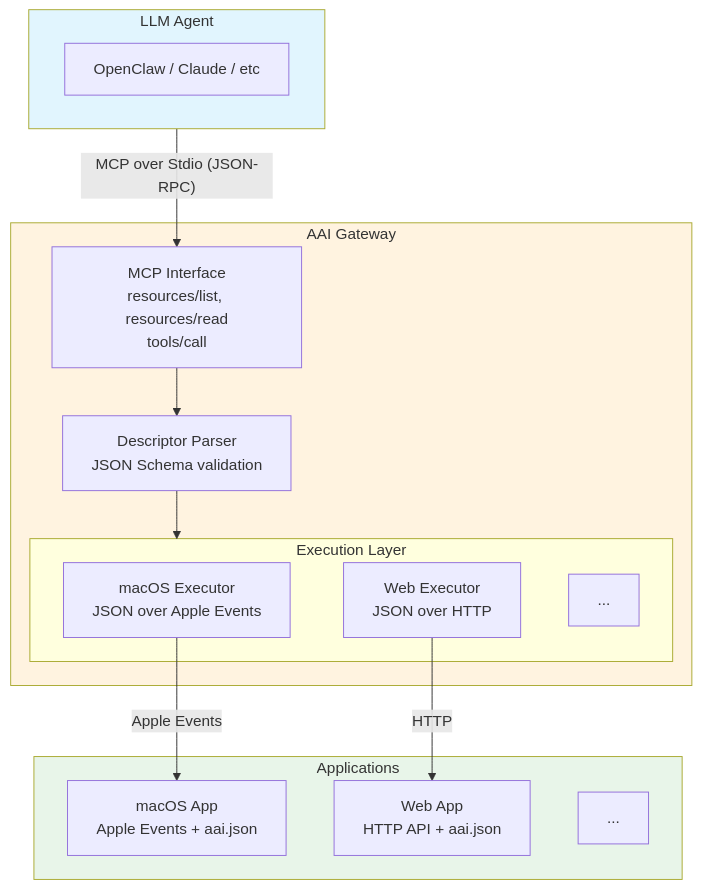
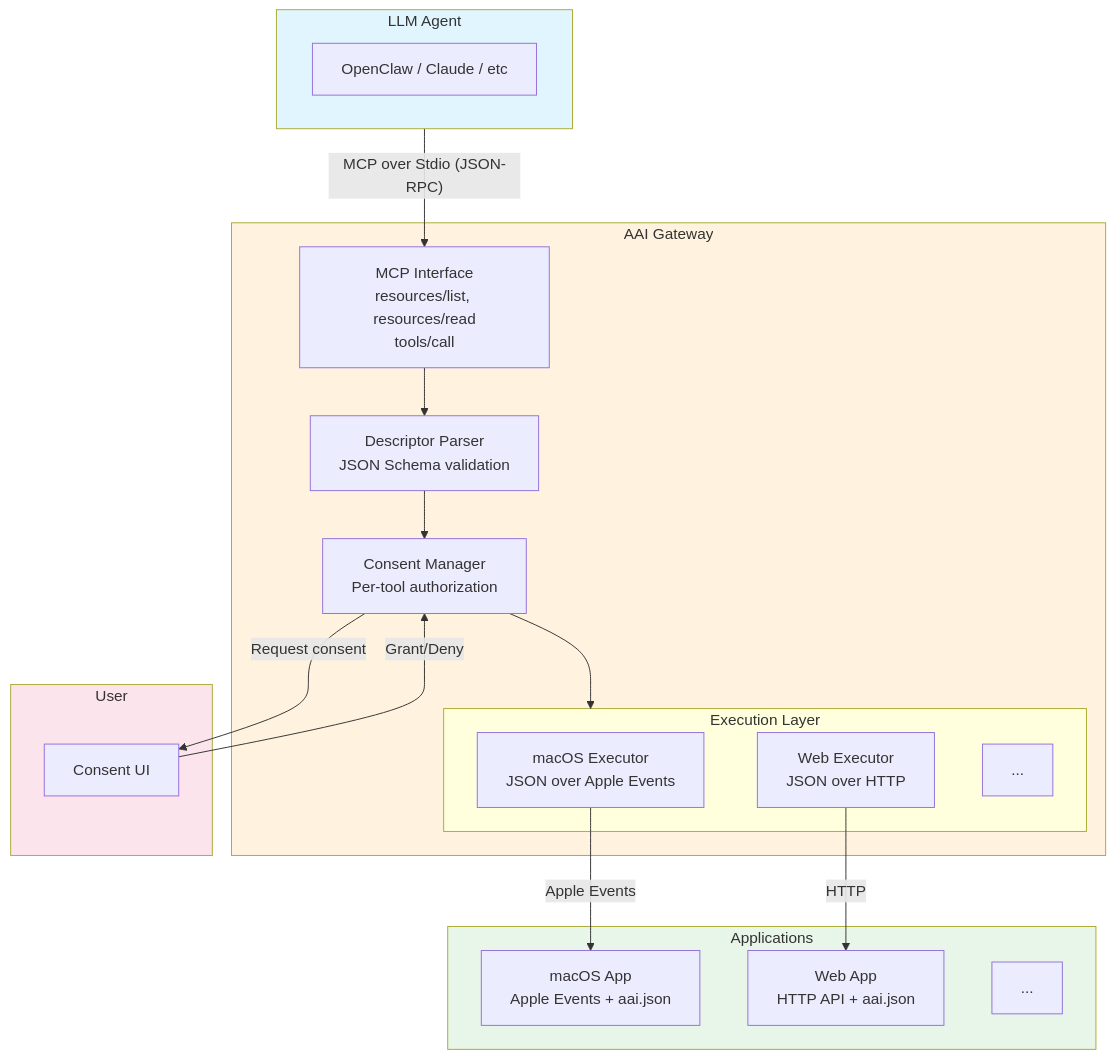
The diagram in spec/architecture.md (gybob/aai-protocol), drawn with Mermaid before and after one commit. The commit also changed other lines of this file and 1 other file, not shown here.

````diff
--- a/spec/architecture.md
+++ b/spec/architecture.md
@@ -5,34 +5,42 @@
 ```mermaid
 flowchart TB
     subgraph Agent["LLM Agent"]
         A1[OpenClaw / Claude / etc]
     end
 
     subgraph Gateway["AAI Gateway"]
         G1["MCP Interface<br/>resources/list, resources/read<br/>tools/call"]
         G2["Descriptor Parser<br/>JSON Schema validation"]
-        G3["Execution Layer"]
+        G3["Consent Manager<br/>Per-tool authorization"]
+        G4["Execution Layer"]
         
-        subgraph G3["Execution Layer"]
+        subgraph G4["Execution Layer"]
             E1["macOS Executor<br/>JSON over Apple Events"]
             E2["Web Executor<br/>JSON over HTTP"]
             E3["..."]
         end
         
-        G1 --> G2 --> G3
+        G1 --> G2 --> G3 --> G4
+    end
+
+    subgraph User["User"]
+        U1["Consent UI"]
     end
 
     subgraph Apps["Applications"]
         D1["macOS App<br/>Apple Events + aai.json"]
         W1["Web App<br/>HTTP API + aai.json"]
         X1["..."]
     end
 
     Agent -->|"MCP over Stdio (JSON-RPC)"| G1
+    G3 -->|"Request consent"| U1
+    U1 -->|"Grant/Deny"| G3
     E1 -->|"Apple Events"| D1
     E2 -->|"HTTP"| W1
 
     style Agent fill:#e1f5fe
     style Gateway fill:#fff3e0
     style Apps fill:#e8f5e9
+    style User fill:#fce4ec
 ```
````
